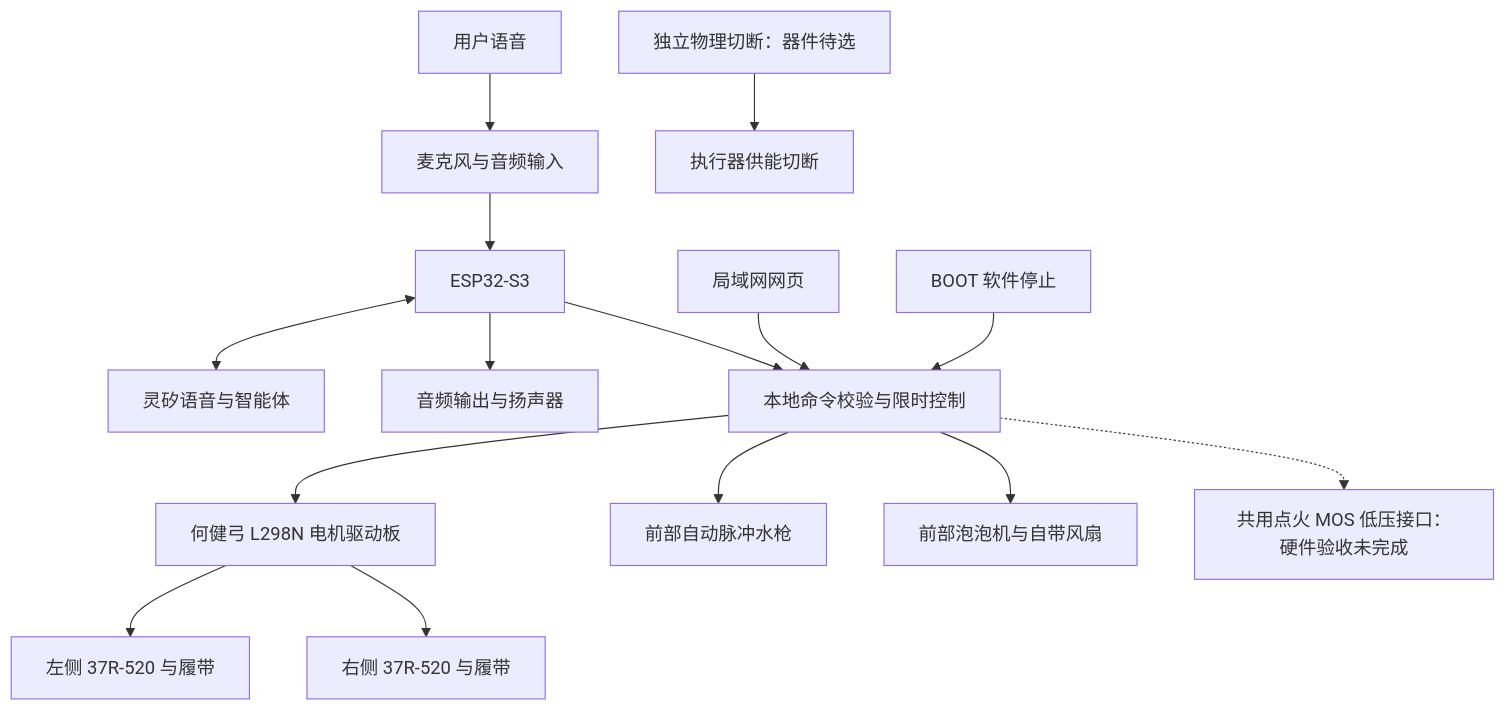
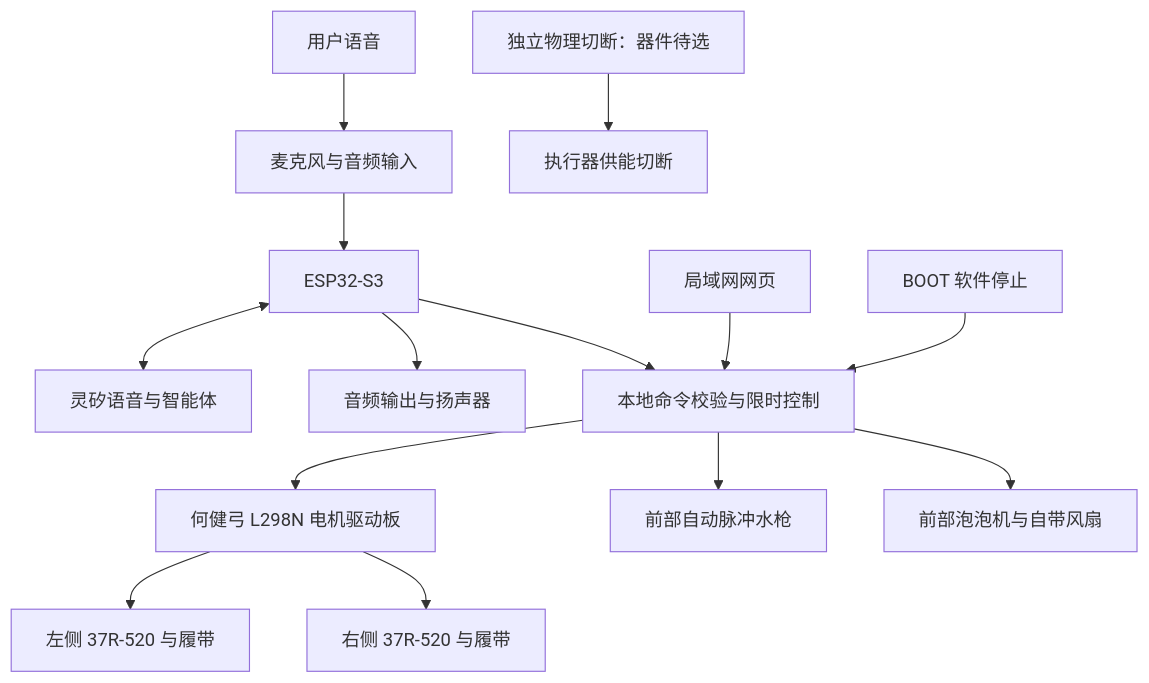
One commit to miclle/cybertrack changed the diagram in docs/architecture.md. Above: the diagram before and after it, drawn with Mermaid. The commit also changed other lines of this file and 36 other files, not shown here.

````diff
--- a/docs/architecture.md
+++ b/docs/architecture.md
@@ -11,17 +11,16 @@
 ```mermaid
 flowchart TD
   U[用户语音] --> MIC[麦克风与音频输入]
   MIC --> MCU[ESP32-S3]
   MCU <--> CLOUD[灵矽语音与智能体]
   MCU --> AUDIO[音频输出与扬声器]
   WEB[局域网网页] --> GATE
   MCU --> GATE[本地命令校验与限时控制]
   STOP[BOOT 软件停止] --> GATE
   SW2[独立物理切断：器件待选] --> CUT[执行器供能切断]
   GATE --> DRIVE[何健弓 L298N 电机驱动板]
   DRIVE --> L[左侧 37R-520 与履带]
   DRIVE --> R[右侧 37R-520 与履带]
   GATE --> WATER[前部自动脉冲水枪]
   GATE --> BUBBLE[前部泡泡机与自带风扇]
-  GATE -.-> IGN[共用点火 MOS 低压接口：硬件验收未完成]
 ```
````
